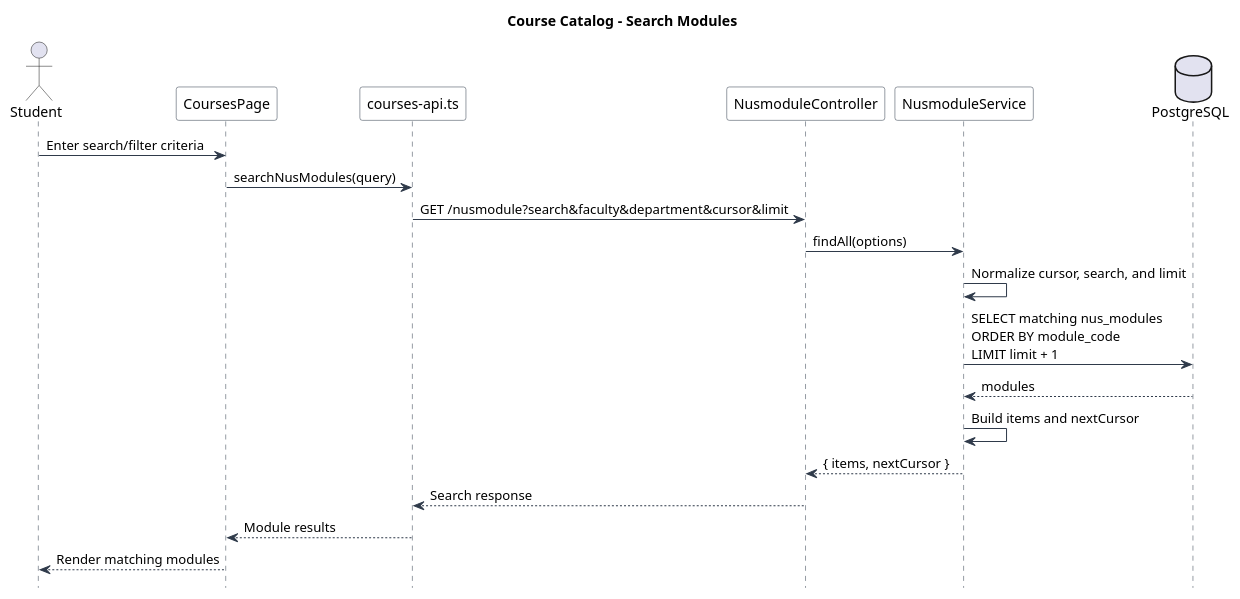
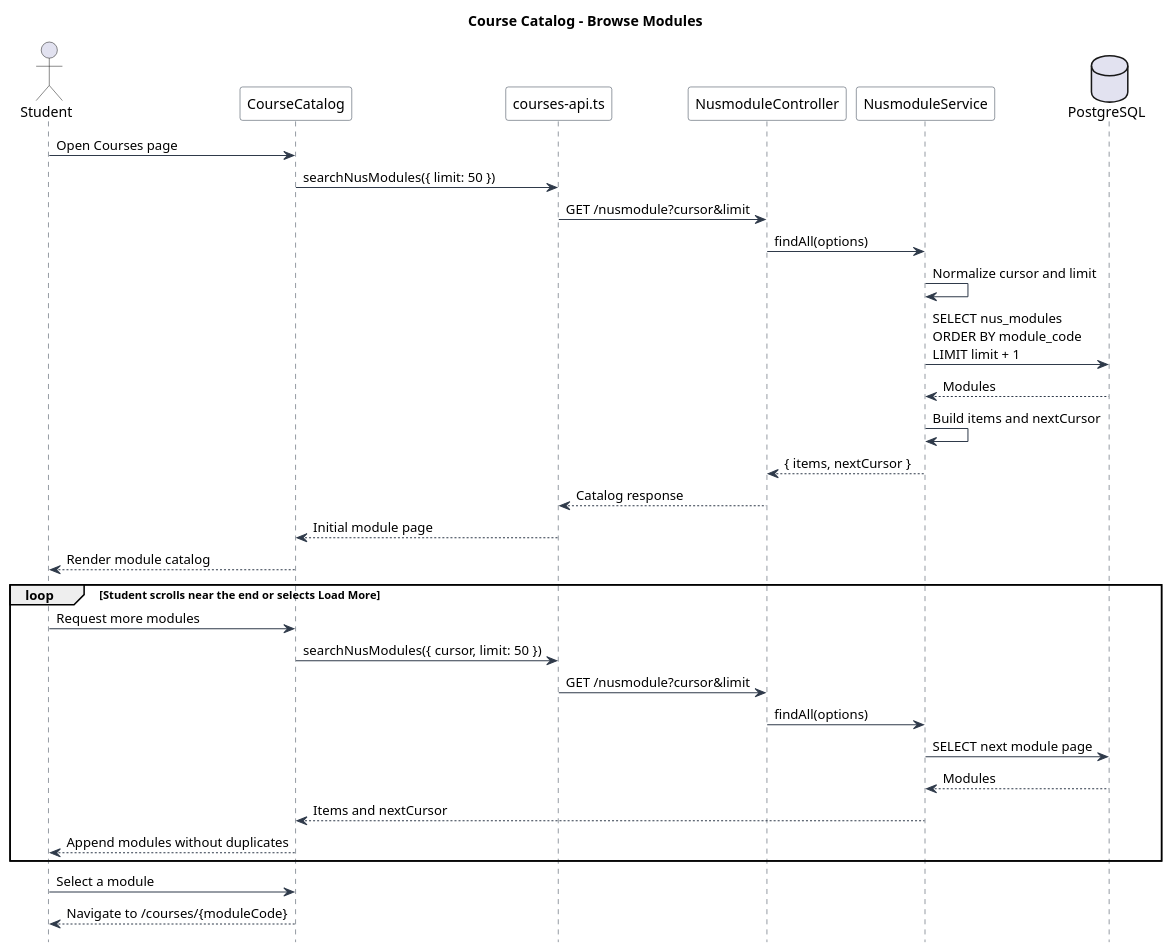
One commit to Shum-ster/nusmodumind changed the diagram in diagrams/sequences/03_course_catalog_search_modules.wsd. Above: the diagram before and after it, drawn with PlantUML. The commit also changed 11 other files, not shown here.

Commit message:
Updated sequence diagrams and erd

```diff
--- a/diagrams/sequences/03_course_catalog_search_modules.wsd
+++ b/diagrams/sequences/03_course_catalog_search_modules.wsd
@@ -1,34 +1,48 @@
 @startuml Course_Catalog_Search_Modules_Sequence
 
-title Course Catalog - Search Modules
+title Course Catalog - Browse Modules
 
 hide footbox
 skinparam shadowing false
 skinparam sequence {
     ArrowColor #2F3A4A
     LifeLineBorderColor #2F3A4A
     ParticipantBorderColor #2F3A4A
     ParticipantBackgroundColor #FFFFFF
 }
 
 actor Student
-participant "CoursesPage" as CoursesPage
+participant "CourseCatalog" as CourseCatalog
 participant "courses-api.ts" as CoursesApi
 participant "NusmoduleController" as NusmoduleController
 participant "NusmoduleService" as NusmoduleService
 database "PostgreSQL" as DB
 
-Student -> CoursesPage : Enter search/filter criteria
-CoursesPage -> CoursesApi : searchNusModules(query)
-CoursesApi -> NusmoduleController : GET /nusmodule?search&faculty&department&cursor&limit
+Student -> CourseCatalog : Open Courses page
+CourseCatalog -> CoursesApi : searchNusModules({ limit: 50 })
+CoursesApi -> NusmoduleController : GET /nusmodule?cursor&limit
 NusmoduleController -> NusmoduleService : findAll(options)
-NusmoduleService -> NusmoduleService : Normalize cursor, search, and limit
-NusmoduleService -> DB : SELECT matching nus_modules\nORDER BY module_code\nLIMIT limit + 1
-DB --> NusmoduleService : modules
+NusmoduleService -> NusmoduleService : Normalize cursor and limit
+NusmoduleService -> DB : SELECT nus_modules\nORDER BY module_code\nLIMIT limit + 1
+DB --> NusmoduleService : Modules
 NusmoduleService -> NusmoduleService : Build items and nextCursor
 NusmoduleService --> NusmoduleController : { items, nextCursor }
-NusmoduleController --> CoursesApi : Search response
-CoursesApi --> CoursesPage : Module results
-CoursesPage --> Student : Render matching modules
+NusmoduleController --> CoursesApi : Catalog response
+CoursesApi --> CourseCatalog : Initial module page
+CourseCatalog --> Student : Render module catalog
+
+loop Student scrolls near the end or selects Load More
+    Student -> CourseCatalog : Request more modules
+    CourseCatalog -> CoursesApi : searchNusModules({ cursor, limit: 50 })
+    CoursesApi -> NusmoduleController : GET /nusmodule?cursor&limit
+    NusmoduleController -> NusmoduleService : findAll(options)
+    NusmoduleService -> DB : SELECT next module page
+    DB --> NusmoduleService : Modules
+    NusmoduleService --> CourseCatalog : Items and nextCursor
+    CourseCatalog --> Student : Append modules without duplicates
+end
+
+Student -> CourseCatalog : Select a module
+CourseCatalog --> Student : Navigate to /courses/{moduleCode}
 
 @enduml
```
